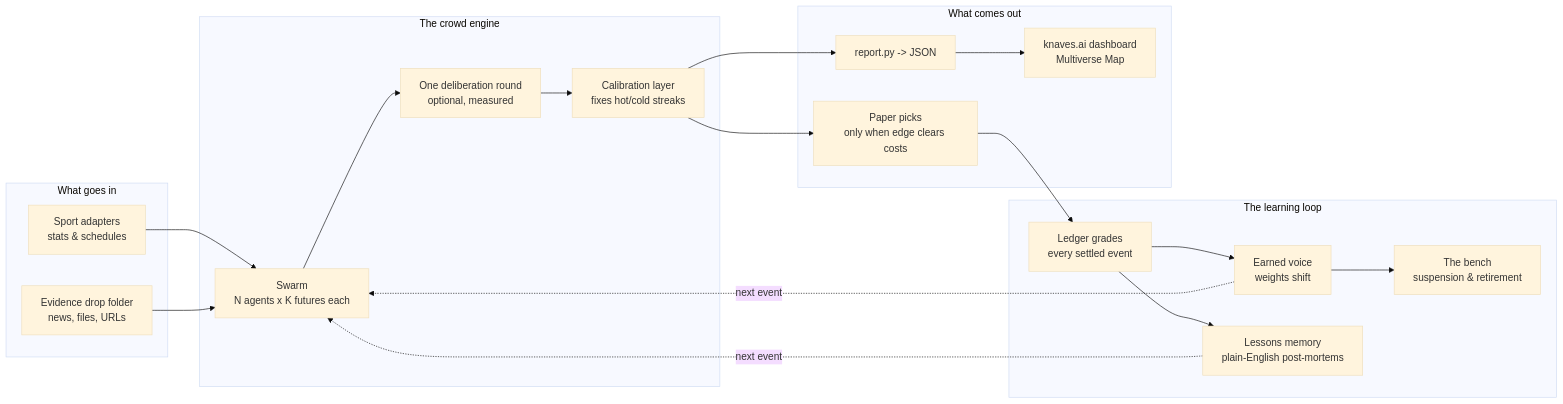
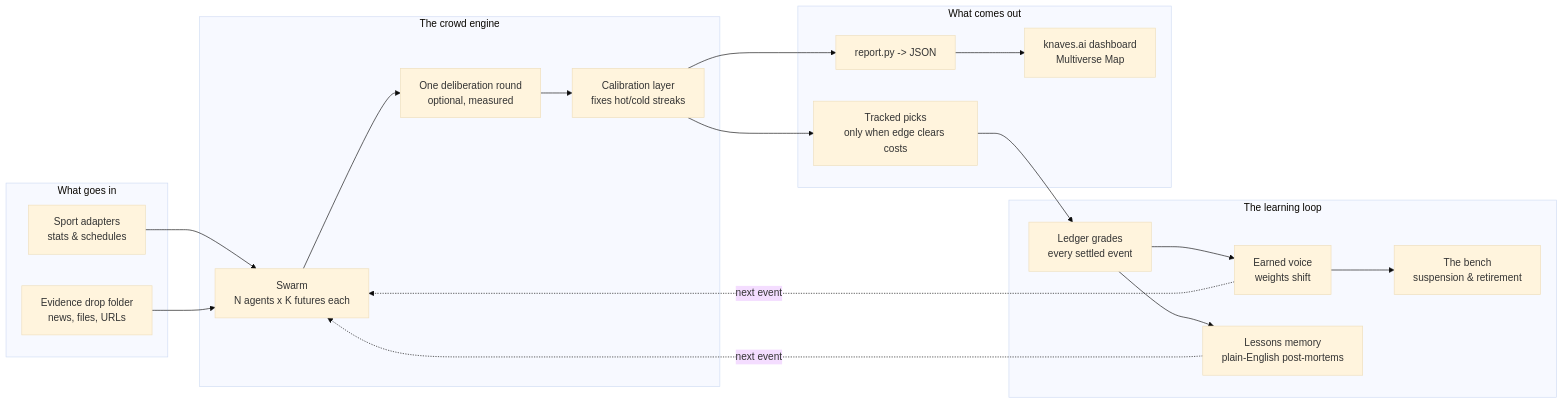
One commit to akadigari/manyworldz changed the first of 2 diagrams in docs/ARCHITECTURE.md. Above: the diagram before and after it, drawn with Mermaid (base theme). The commit also changed other lines of this file and 11 other files, not shown here.

````diff
--- a/docs/ARCHITECTURE.md
+++ b/docs/ARCHITECTURE.md
@@ -17,36 +17,36 @@
 ```mermaid
 flowchart LR
     subgraph inputs [What goes in]
         AD[Sport adapters<br/>stats & schedules]
         EV[Evidence drop folder<br/>news, files, URLs]
     end
 
     subgraph engine [The crowd engine]
         SW[Swarm<br/>N agents x K futures each]
         DL[One deliberation round<br/>optional, measured]
         CAL[Calibration layer<br/>fixes hot/cold streaks]
     end
 
     subgraph learning [The learning loop]
         LG[Ledger grades<br/>every settled event]
         LV[Earned voice<br/>weights shift]
         BN[The bench<br/>suspension & retirement]
         MEM[Lessons memory<br/>plain-English post-mortems]
     end
 
     subgraph outputs [What comes out]
-        PK[Paper picks<br/>only when edge clears costs]
+        PK[Tracked picks<br/>only when edge clears costs]
         RP[report.py -> JSON]
         WEB[knaves.ai dashboard<br/>Multiverse Map]
     end
 
     AD --> SW
     EV --> SW
     SW --> DL --> CAL --> PK
     PK --> LG
     LG --> LV --> BN
     LG --> MEM
     LV -. next event .-> SW
     MEM -. next event .-> SW
     CAL --> RP --> WEB
 ```
````
